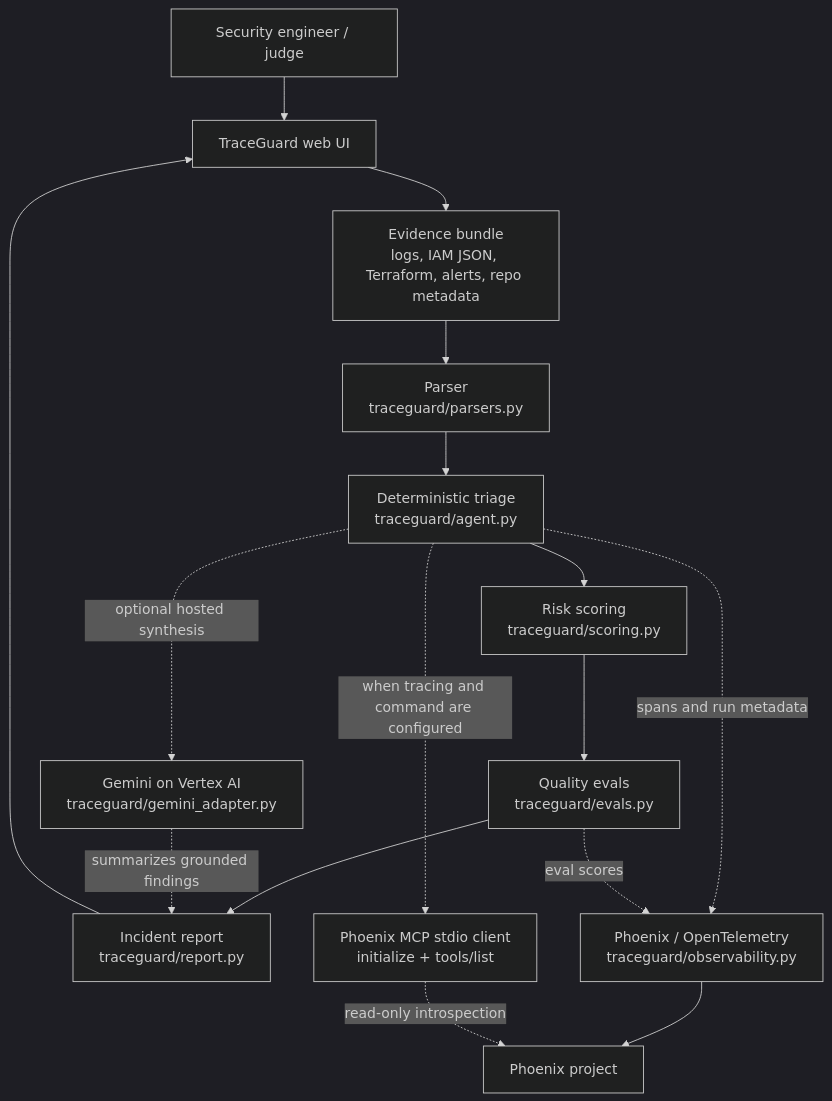
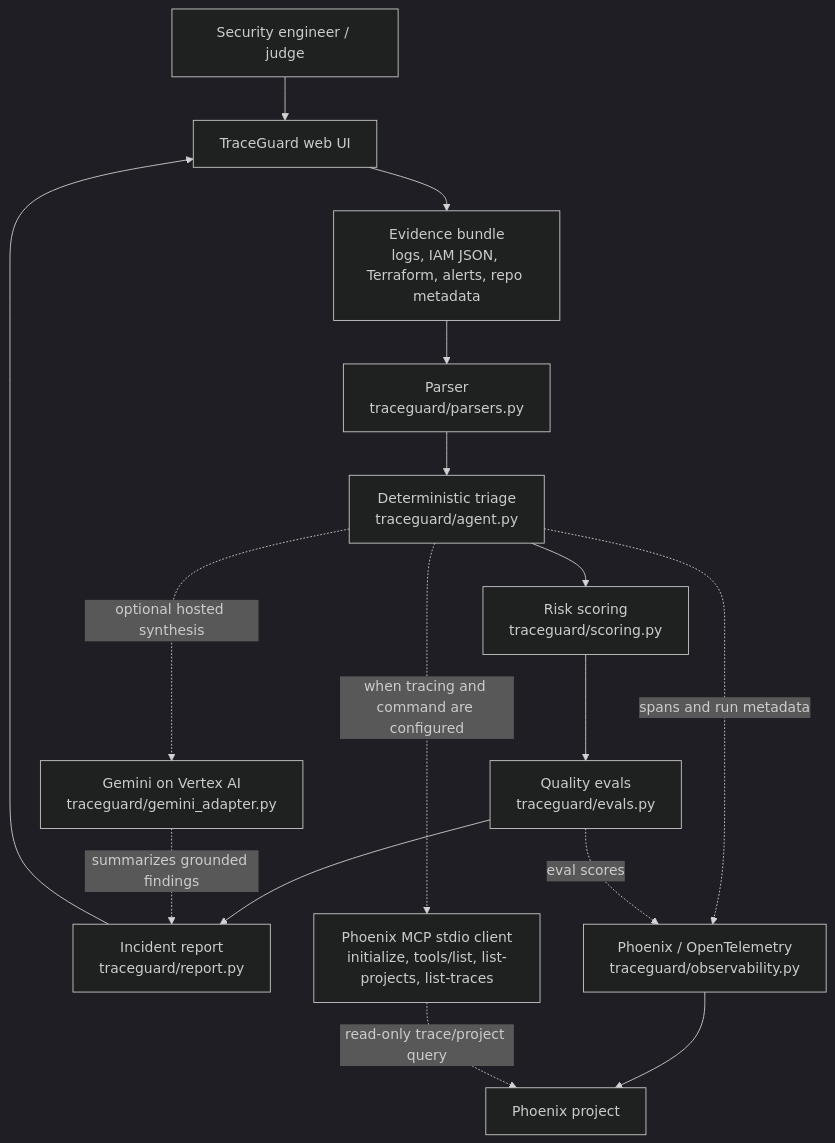
Before and after one commit to Lockelamoree/TraceGuard: the diagram in README.md, drawn with Mermaid (dark theme). The commit also changed other lines of this file and 12 other files, not shown here.

Commit message:
Deepen Phoenix MCP and document ADK runtime

````diff
--- a/README.md
+++ b/README.md
@@ -37,21 +37,21 @@
 ```mermaid
 flowchart TD
     reviewer["Security engineer / judge"] --> ui["TraceGuard web UI"]
     ui --> evidence["Evidence bundle<br/>logs, IAM JSON, Terraform, alerts, repo metadata"]
     evidence --> parser["Parser<br/>traceguard/parsers.py"]
     parser --> triage["Deterministic triage<br/>traceguard/agent.py"]
     triage --> scoring["Risk scoring<br/>traceguard/scoring.py"]
     scoring --> evals["Quality evals<br/>traceguard/evals.py"]
     evals --> report["Incident report<br/>traceguard/report.py"]
     report --> ui
 
     triage -. "optional hosted synthesis" .-> gemini["Gemini on Vertex AI<br/>traceguard/gemini_adapter.py"]
     gemini -. "summarizes grounded findings" .-> report
 
     triage -. "spans and run metadata" .-> phoenixOtel["Phoenix / OpenTelemetry<br/>traceguard/observability.py"]
     evals -. "eval scores" .-> phoenixOtel
     phoenixOtel --> phoenix["Phoenix project"]
 
-    triage -. "when tracing and command are configured" .-> mcp["Phoenix MCP stdio client<br/>initialize + tools/list"]
-    mcp -. "read-only introspection" .-> phoenix
+    triage -. "when tracing and command are configured" .-> mcp["Phoenix MCP stdio client<br/>initialize, tools/list, list-projects, list-traces"]
+    mcp -. "read-only trace/project query" .-> phoenix
 ```
````
